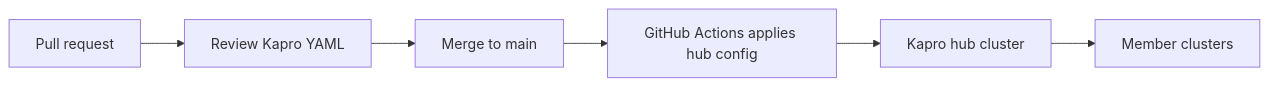
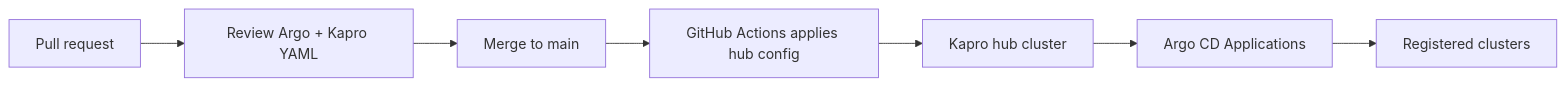
Before and after one commit to Kapro-dev/kapro-example-hub-config: the diagram in README.md, drawn with Mermaid. The commit also changed other lines of this file and 13 other files, not shown here.

````diff
--- a/README.md
+++ b/README.md
@@ -5,8 +7,9 @@
 ```mermaid
 flowchart LR
-  PR[Pull request] --> Review[Review Kapro YAML]
+  PR[Pull request] --> Review[Review Argo + Kapro YAML]
   Review --> Merge[Merge to main]
   Merge --> Apply[GitHub Actions applies hub config]
   Apply --> Hub[Kapro hub cluster]
-  Hub --> Fleet[Member clusters]
+  Hub --> Argo[Argo CD Applications]
+  Argo --> Fleet[Registered clusters]
 ```
````
